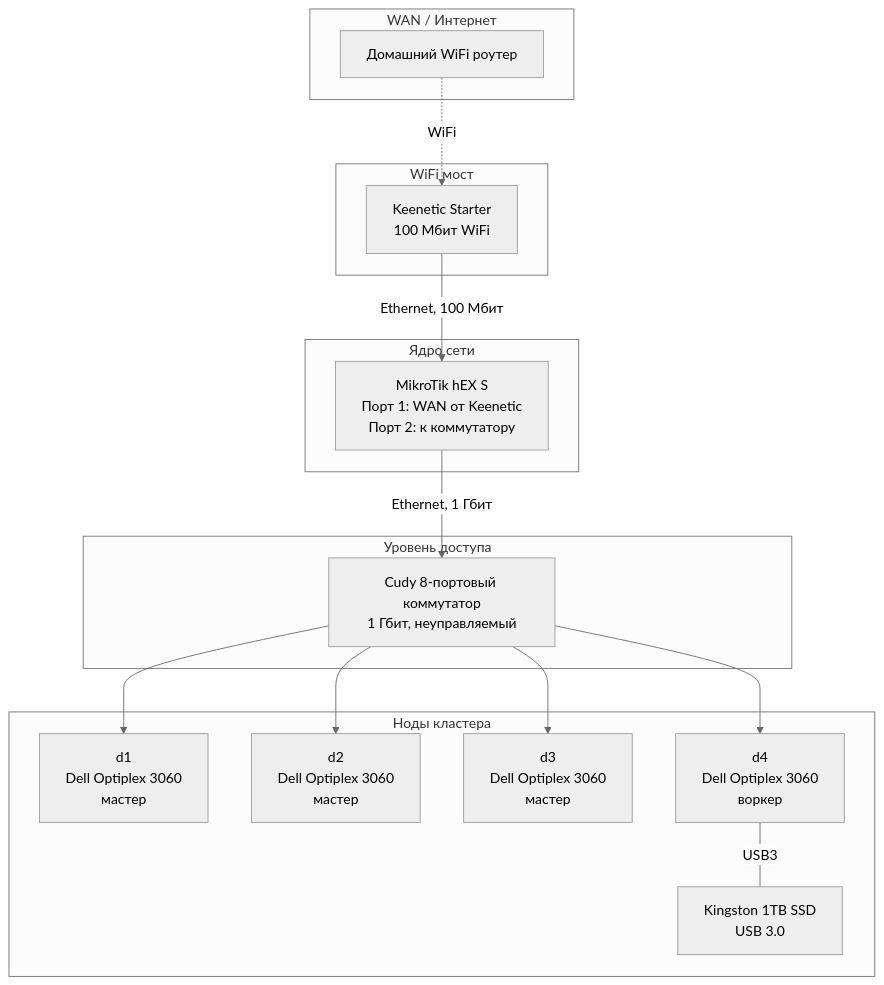
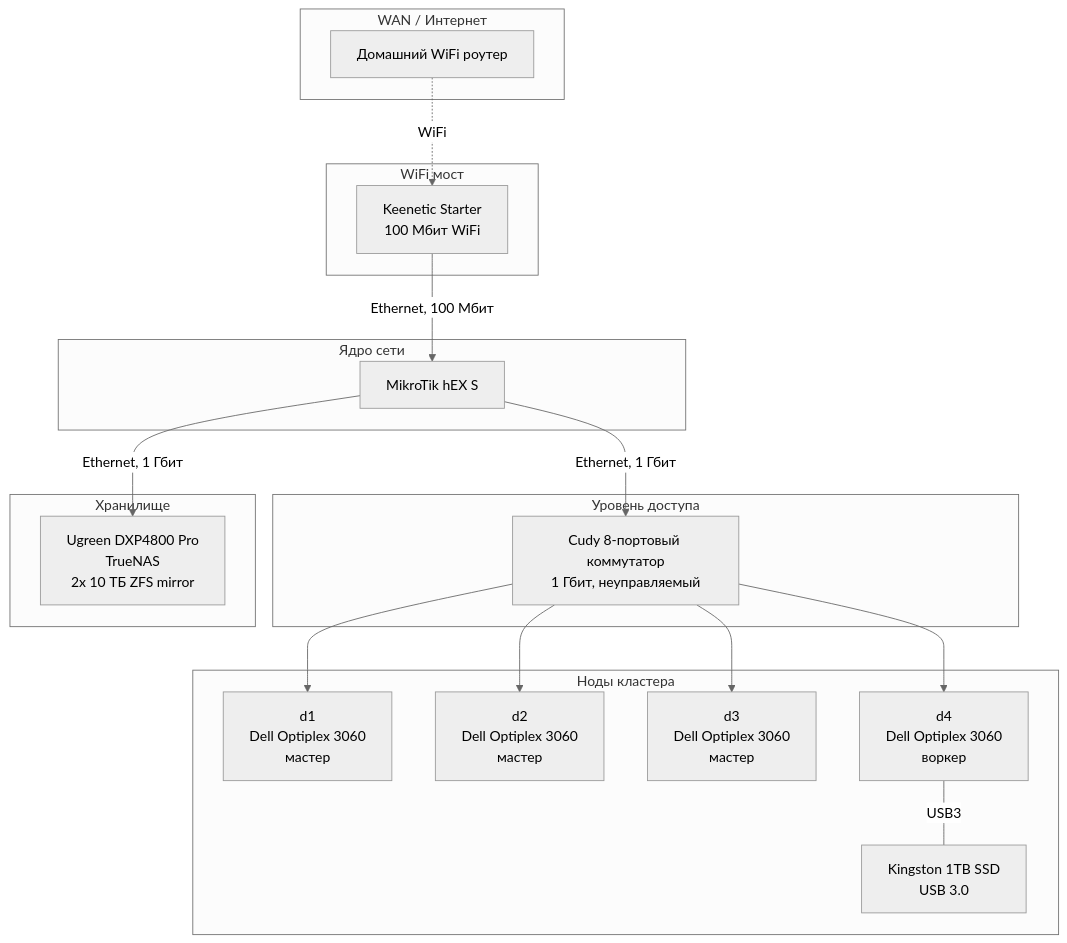
One commit to PearlFoe/homelab changed the diagram in docs/ru/v1/network.md. Above: the diagram before and after it, drawn with Mermaid (neutral theme). The commit also changed other lines of this file and 10 other files, not shown here.

````diff
--- a/docs/ru/v1/network.md
+++ b/docs/ru/v1/network.md
@@ -5,31 +5,35 @@
 ```mermaid
 graph TD
     subgraph wan ["WAN / Интернет"]
         HomeRouter["Домашний WiFi роутер"]
     end
     subgraph bridge ["WiFi мост"]
         Keenetic["Keenetic Starter\n100 Мбит WiFi"]
     end
     subgraph core ["Ядро сети"]
-        MikroTik["MikroTik hEX S\nПорт 1: WAN от Keenetic\nПорт 2: к коммутатору"]
+        MikroTik["MikroTik hEX S"]
     end
     subgraph access ["Уровень доступа"]
         Switch["Cudy 8-портовый коммутатор\n1 Гбит, неуправляемый"]
+    end
+    subgraph storage ["Хранилище"]
+        NAS["Ugreen DXP4800 Pro\nTrueNAS\n2x 10 ТБ ZFS mirror"]
     end
     subgraph nodes ["Ноды кластера"]
         D1["d1\nDell Optiplex 3060\nмастер"]
         D2["d2\nDell Optiplex 3060\nмастер"]
         D3["d3\nDell Optiplex 3060\nмастер"]
         D4["d4\nDell Optiplex 3060\nворкер"]
         ExtSSD["Kingston 1TB SSD\nUSB 3.0"]
     end
 
     HomeRouter -.->|WiFi| Keenetic
     Keenetic -->|"Ethernet, 100 Мбит"| MikroTik
     MikroTik -->|"Ethernet, 1 Гбит"| Switch
+    MikroTik -->|"Ethernet, 1 Гбит"| NAS
     Switch --> D1
     Switch --> D2
     Switch --> D3
     Switch --> D4
     D4 ---|USB3| ExtSSD
 ```
````
